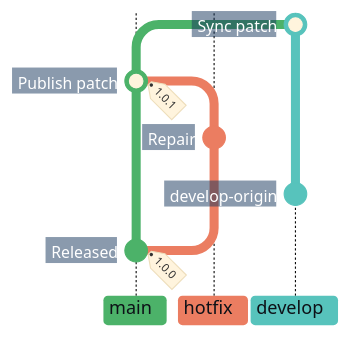
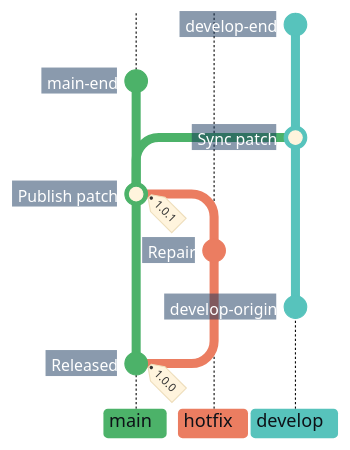
The third of 7 diagrams in docs/adr/cicd.md (superhero/operations.superduper.solutions), drawn with Mermaid before and after one commit. The commit also changed other lines of this file, not shown here.

First line of the commit message:
docs: show permanent branches continuing beyond final merges

````diff
--- a/docs/adr/cicd.md
+++ b/docs/adr/cicd.md
@@ -114,23 +124,28 @@
 ```mermaid
-%%{init: {"theme": "base", "themeCSS": "line.branch { stroke: #8B949E; stroke-width: 1px; stroke-dasharray: 1 4; stroke-linecap: round; } .branchLabel, .tag-label { font-weight: 700; } .tag-label-bkg, .commit-label-bkg { opacity: 0.9; } .tag-label-bkg { fill: #B8E6C4; stroke: #8ED3A2; } .branchLabelBkg { opacity: 1; clip-path: inset(0 8px 0 0 round 4px) fill-box; } .commit-labels g:nth-last-of-type(-n+2), .commit.develop-origin { visibility: hidden; } path.arrow2:not(.arrow2 ~ .arrow2) { filter: drop-shadow(0 50px 0 #57C3BC); } .commit-labels g { transform-box: fill-box; transform-origin: calc(100% + 17px) calc(50% + 2px); transform: rotate(-10deg); } .commit-label { font-weight: 700; transform: translateX(-8px); } .commit-label-bkg { stroke: #17365D; stroke-width: 20px; transform: translateX(-5px); clip-path: polygon(-4px -4px, calc(100% + 4px) -4px, calc(100% + 10px) 50%, calc(100% + 4px) calc(100% + 4px), -4px calc(100% + 4px)) fill-box; }", "gitGraph": {"showCommitLabel": true, "rotateCommitLabel": false}, "themeVariables": {
+%%{init: {"theme": "base", "themeCSS": "line.branch { stroke: #8B949E; stroke-width: 1px; stroke-dasharray: 1 4; stroke-linecap: round; } .branchLabel, .tag-label { font-weight: 700; } .tag-label-bkg, .commit-label-bkg { opacity: 0.9; } .tag-label-bkg { fill: #B8E6C4; stroke: #8ED3A2; } .branchLabelBkg { opacity: 1; clip-path: inset(0 8px 0 0 round 4px) fill-box; } .commit-labels g:nth-last-of-type(-n+2), .commit.develop-origin { visibility: hidden; } path.arrow2:not(.arrow2 ~ .arrow2) { filter: drop-shadow(0 50px 0 #57C3BC); } .commit-labels g:nth-of-type(-n+2), .commit.main-end, .commit.develop-end { visibility: hidden; } .commit-arrows path.arrow0:nth-last-child(2) { filter: drop-shadow(0 -50px 0 #4CB269); } .commit-labels g { transform-box: fill-box; transform-origin: calc(100% + 17px) calc(50% + 2px); transform: rotate(-10deg); } .commit-label { font-weight: 700; transform: translateX(-8px); } .commit-label-bkg { stroke: #17365D; stroke-width: 20px; transform: translateX(-5px); clip-path: polygon(-4px -4px, calc(100% + 4px) -4px, calc(100% + 10px) 50%, calc(100% + 4px) calc(100% + 4px), -4px calc(100% + 4px)) fill-box; }", "gitGraph": {"showCommitLabel": true, "rotateCommitLabel": false}, "themeVariables": {
     "commitLabelFontSize": "14px", "commitLabelColor": "#FFFFFF", "commitLabelBackground": "#17365D",
     "git0": "#4CB269", "gitBranchLabel0": "#0D1117",
     "git1": "#EB7D61", "gitBranchLabel1": "#0D1117",
     "git2": "#57C3BC", "gitBranchLabel2": "#0D1117"
 }}}%%
 gitGraph BT:
     %% Show existing main and develop lanes with earlier ancestry and initial notes omitted.
     branch develop order: 2
     checkout main
     commit id: "Released" tag: "1.0.0"
     checkout develop
     %% Hide the required develop anchor; extend its line by 50px to show prior history without a starting node.
     commit id: "develop-origin"
     checkout main
     branch "hotfix" order: 1
     commit id: "Repair"
     checkout main
     merge "hotfix" id: "Publish patch" tag: "1.0.1"
     checkout develop
     merge main id: "Sync patch"
+    %% Hidden endpoints continue both permanent branches; extend main by 50px to align the tips.
+    checkout main
+    commit id: "main-end"
+    checkout develop
+    commit id: "develop-end"
 ```
````
